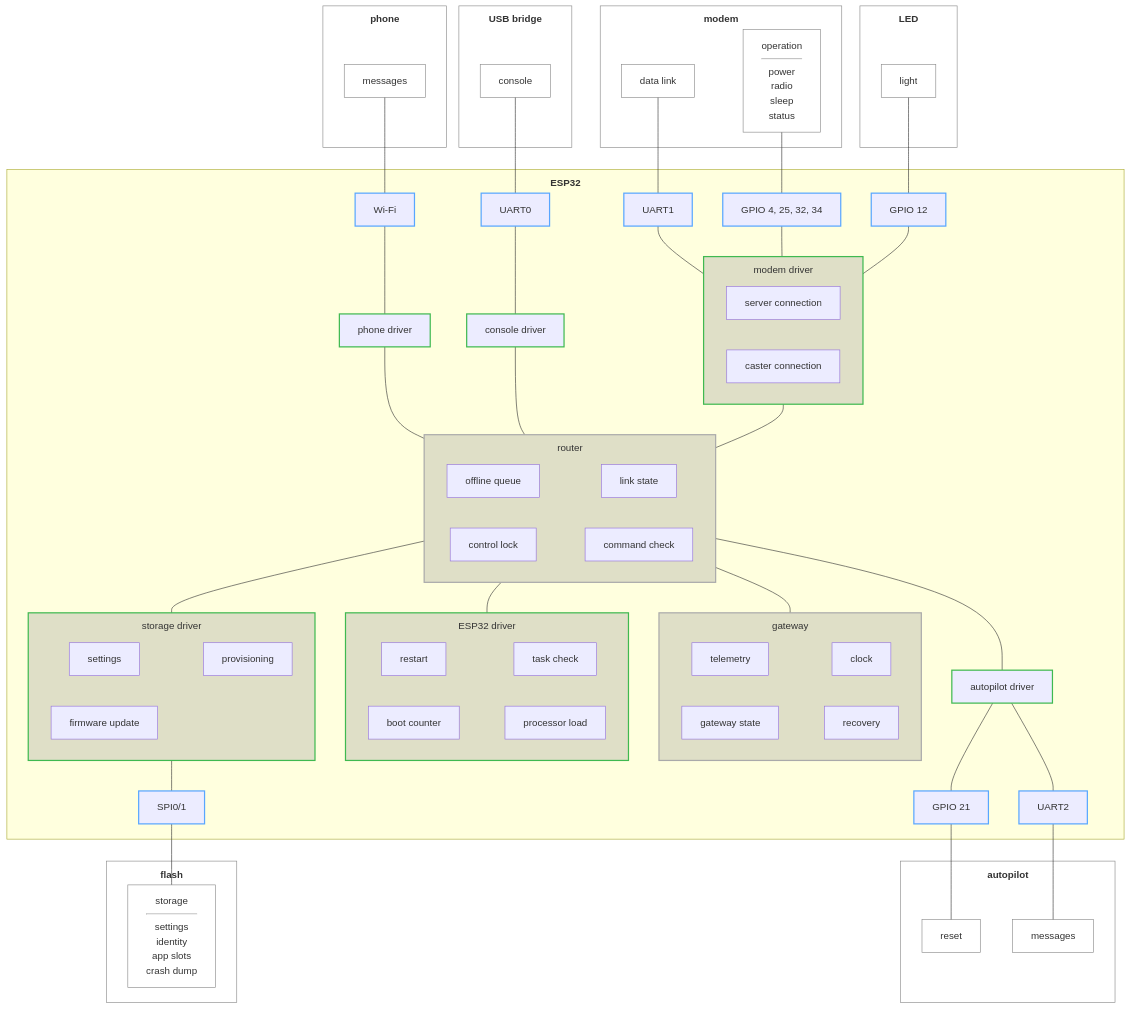
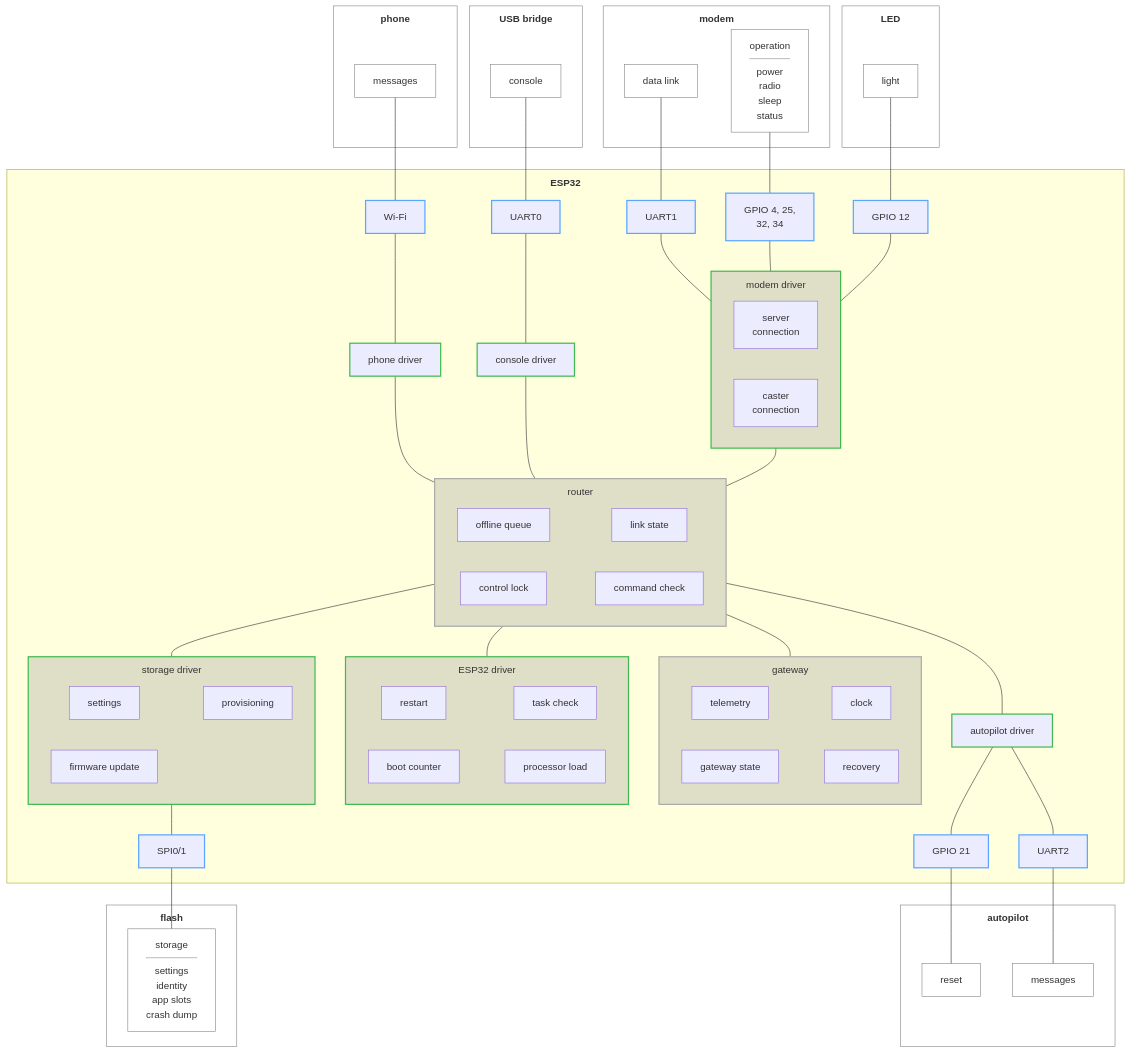
Before and after one commit to rmx-lt/rmx-mower-gateway: the diagram in .esp-architecture/diagrams/block-draft.md, drawn with Mermaid.

Commit message:
Draft: fixed font and line breaks so labels are not clipped

````diff
--- a/.esp-architecture/diagrams/block-draft.md
+++ b/.esp-architecture/diagrams/block-draft.md
@@ -5,6 +5,8 @@
 ```mermaid
 ---
 config:
+  themeVariables:
+    fontFamily: "Arial, Helvetica, sans-serif"
   flowchart:
     subGraphTitleMargin:
       top: 10
@@ -26,14 +28,14 @@
   end
   subgraph cpu["<b>ESP32</b>"]
     u1["UART1"]
-    gm["GPIO 4, 25, 32, 34"]
+    gm["GPIO 4, 25,<br/>32, 34"]
     gl["GPIO 12"]
     gr["GPIO 21"]
     wf["Wi-Fi"]
     u0["UART0"]
     subgraph conn["modem driver"]
-      mqtt["server connection"]
-      cast["caster connection"]
+      mqtt["server<br/>connection"]
+      cast["caster<br/>connection"]
     end
     phd["phone driver"]
     con["console driver"]
````
